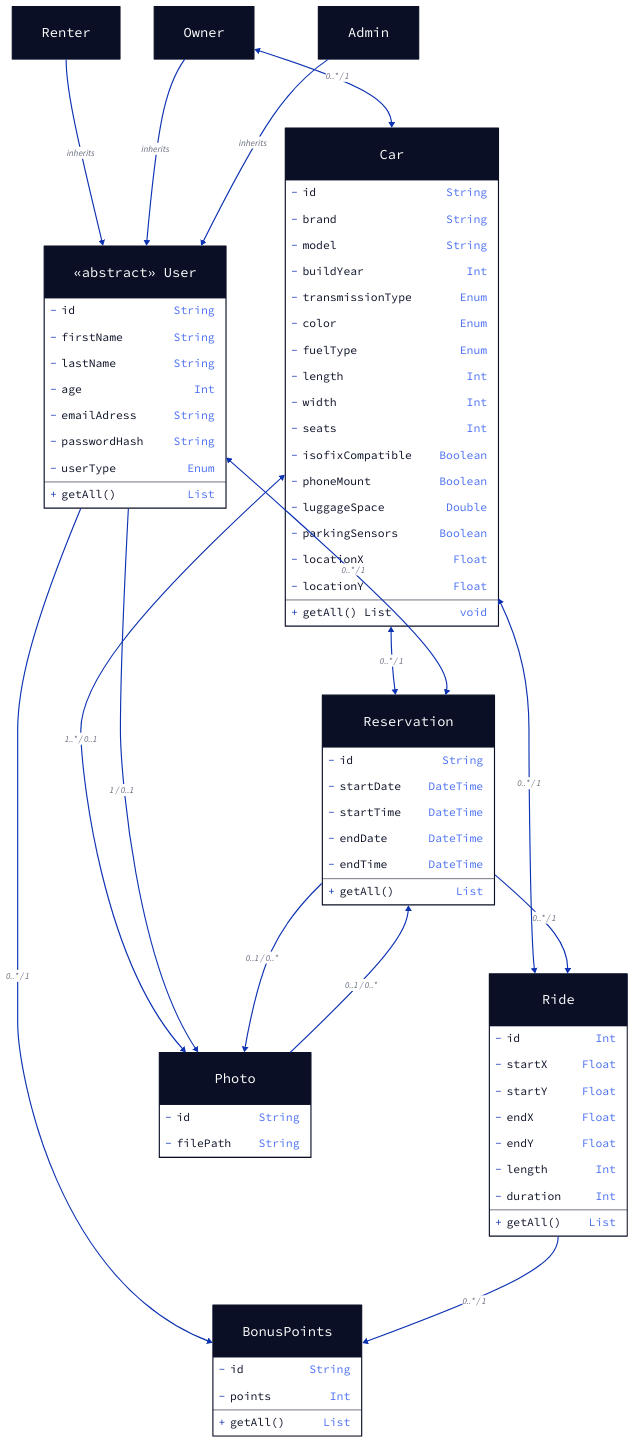
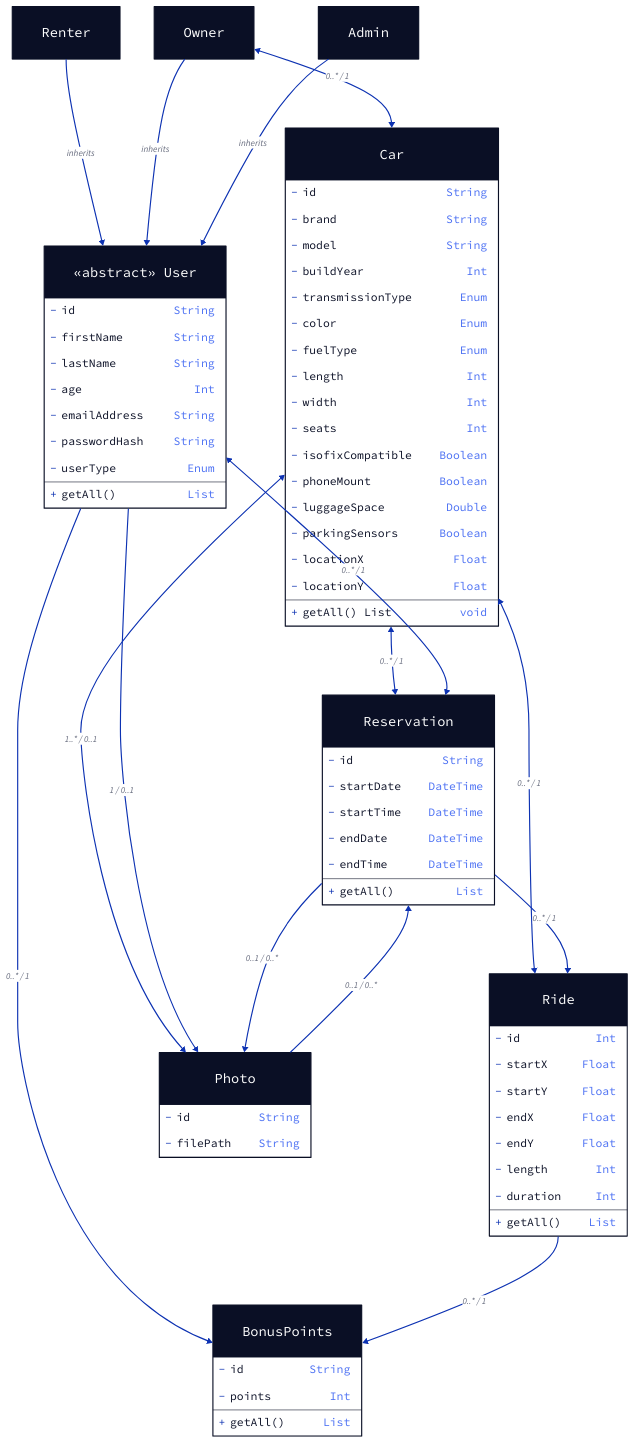
The diagram in documents/Class diagram/class-diagram-v3.d2 (RubenLeenknegt/JoyRide-API), drawn with D2 before and after one commit. The commit also changed 10 other files, not shown here.

Commit message:
LEAF-89 created auth service and changed adress to address. maade pakcage name be leafcar.backend instead of org.example.

```diff
--- a/documents/Class diagram/class-diagram-v3.d2
+++ b/documents/Class diagram/class-diagram-v3.d2
@@ -1,128 +1,128 @@
 User: {
   shape: class
   label: "«abstract» User"
   - id: String
   - firstName: String
   - lastName: String
   - age: Int
-  - emailAdress: String
+  - emailAddress: String
   - passwordHash: String
   - userType: Enum
   + getAll(): List
 }
 
 Renter: {
   shape: class
   label: "Renter"
 }
 
 Owner: {
   shape: class
   label: "Owner"
 }
 
 Admin: {
   shape: class
   label: "Admin"
 }
 
 Car: {
   shape: class
   label: "Car"
   - id: String
   - brand: String
   - model: String
   - buildYear: Int
   - transmissionType: Enum
   - color: Enum
   - fuelType: Enum
   - length: Int
   - width: Int
   - seats: Int
   - isofixCompatible: Boolean
   - phoneMount: Boolean
   - luggageSpace: Double
   - parkingSensors: Boolean
   - locationX: Float
   - locationY: Float
   + getAll() List
 }
 
 Reservation: {
   shape: class
   - id: String
   - startDate: DateTime
   - startTime: DateTime
   - endDate: DateTime
   - endTime: DateTime
   + getAll(): List
 }
 
 Ride: {
   shape: class
   - id: Int
   - startX: Float
   - startY: Float
   - endX: Float
   - endY: Float
   - length: Int
   - duration: Int
   + getAll(): List
 }
 
 Photo: {
   shape: class
   - id: String
   - filePath: String
 }
 
 BonusPoints: {
   shape: class
   - id: String
   - points: Int
   + getAll(): List
 }
 
 Renter -> User: "inherits"
 Owner -> User: "inherits"
 Admin -> User: "inherits"
 
 Owner <-> Car: "0..* / 1"
 Car <-> Photo: "1..* / 0..1"
 Car <-> Reservation: "0..* / 1"
 Car <-> Ride: "0..* / 1"
 User <-> Reservation: "0..* / 1"
 User -> BonusPoints: "0..* / 1"
 User -> Photo: "1 / 0..1"
 Reservation -> Ride: "0..* / 1"
 Reservation -> Photo: "0..1 / 0..*"
 Ride -> BonusPoints: "0..* / 1"
 Photo -> Reservation: "0..1 / 0..*"
 
 # Color <-> Car
 # fuelType <-> Car
 # transmissionType <-> Car
 
 # Color: {
 #   shape: class
 #   style: {
 #     stroke-dash: 3
 #   }
 #   label: "<<interface>> Color"
 # }
 
 # fuelType: {
 #   shape: class
 #   style: {
 #     stroke-dash: 3
 #   }
 #   label: "<<interface>> fuelType"
 # }
 
 # transmissionType: {
 #   shape: class
 #   style: {
 #     stroke-dash: 3
 #   }
 #   label: "<<interface>> transmissionType"
 # }
```
